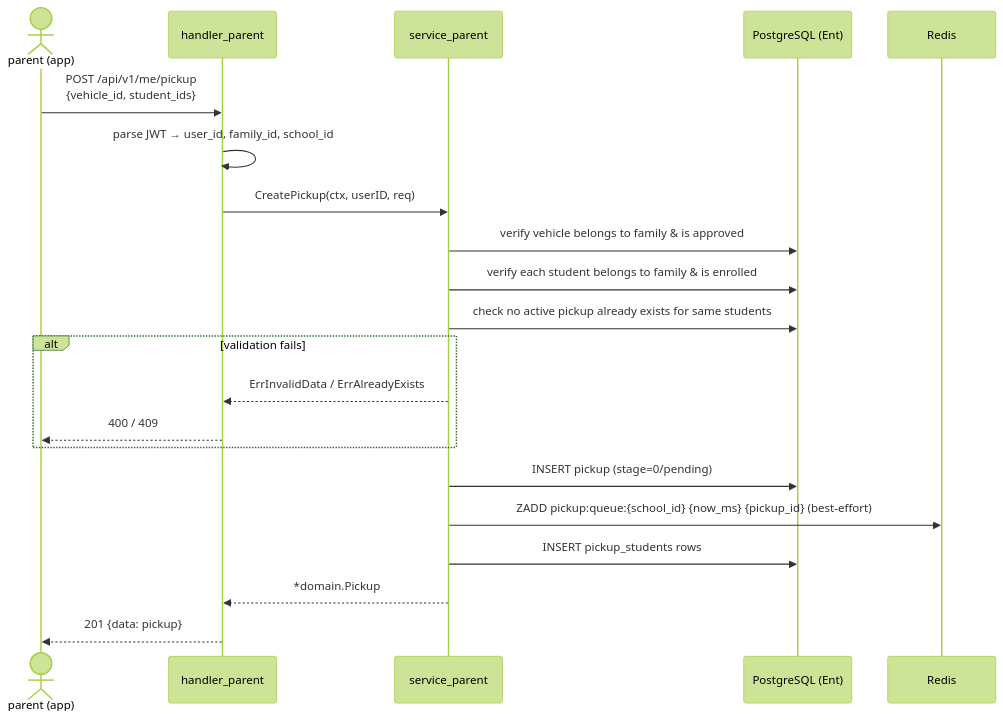
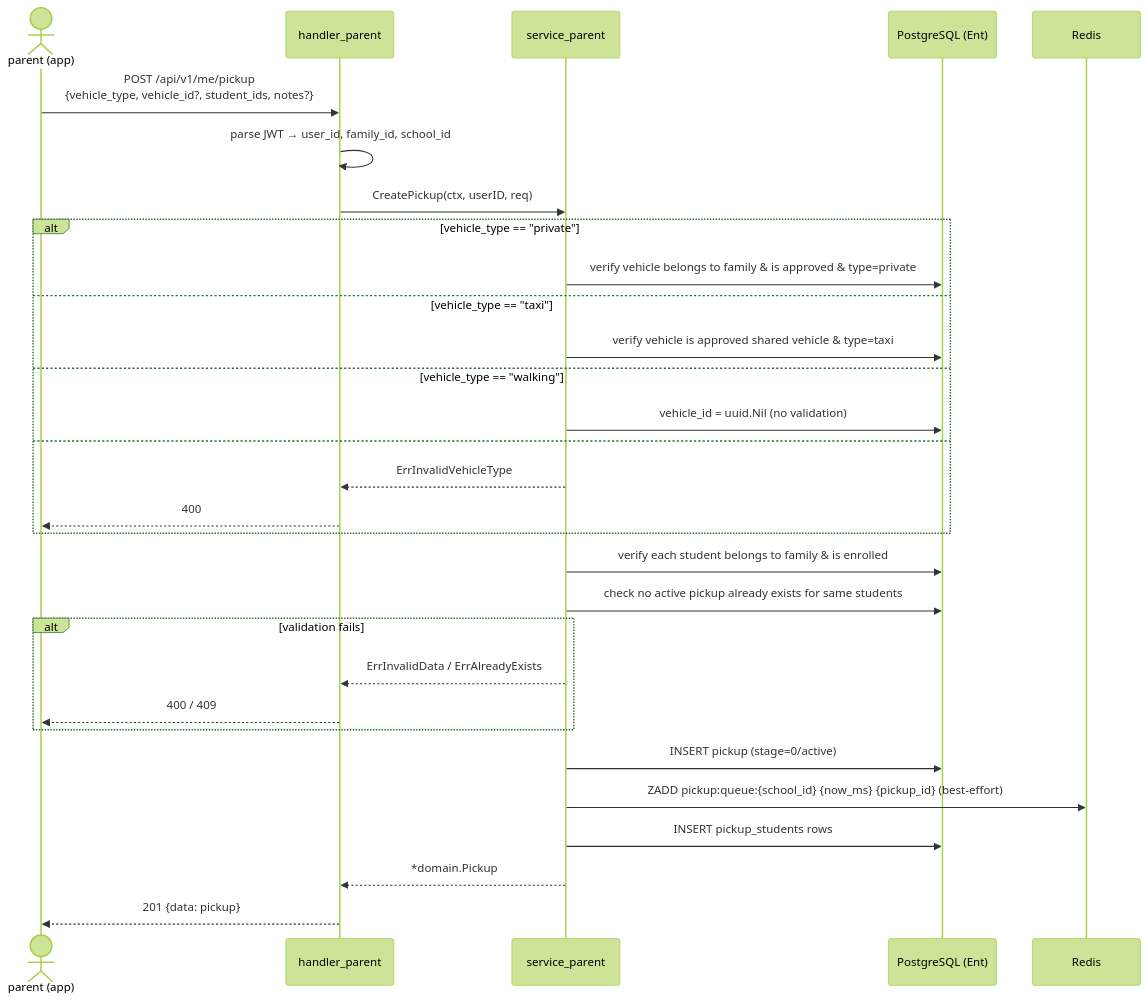
One commit to school-carpool-pickup/school-carpool-pickup.github.io changed the first of 4 diagrams in pages/pickup-student.mdx. Above: the diagram before and after it, drawn with Mermaid (forest theme). The commit also changed other lines of this file and 2 other files, not shown here.

Commit message:
remove add-student-members route from configuration

````diff
--- a/pages/pickup-student.mdx
+++ b/pages/pickup-student.mdx
@@ -62,24 +69,33 @@
 ```mermaid
 sequenceDiagram
     actor p as parent (app)
     participant h as handler_parent
     participant s as service_parent
     participant db as PostgreSQL (Ent)
     participant r as Redis
 
-    p->>h: POST /api/v1/me/pickup<br/>{vehicle_id, student_ids}
+    p->>h: POST /api/v1/me/pickup<br/>{vehicle_type, vehicle_id?, student_ids, notes?}
     h->>h: parse JWT → user_id, family_id, school_id
     h->>s: CreatePickup(ctx, userID, req)
-    s->>db: verify vehicle belongs to family & is approved
+    alt vehicle_type == "private"
+        s->>db: verify vehicle belongs to family & is approved & type=private
+    else vehicle_type == "taxi"
+        s->>db: verify vehicle is approved shared vehicle & type=taxi
+    else vehicle_type == "walking"
+        s->>db: vehicle_id = uuid.Nil (no validation)
+    else
+        s-->>h: ErrInvalidVehicleType
+        h-->>p: 400
+    end
     s->>db: verify each student belongs to family & is enrolled
     s->>db: check no active pickup already exists for same students
     alt validation fails
         s-->>h: ErrInvalidData / ErrAlreadyExists
         h-->>p: 400 / 409
     end
-    s->>db: INSERT pickup (stage=0/pending)
+    s->>db: INSERT pickup (stage=0/active)
     s->>r: ZADD pickup:queue:{school_id} {now_ms} {pickup_id} (best-effort)
     s->>db: INSERT pickup_students rows
     s-->>h: *domain.Pickup
     h-->>p: 201 {data: pickup}
 ```
````
